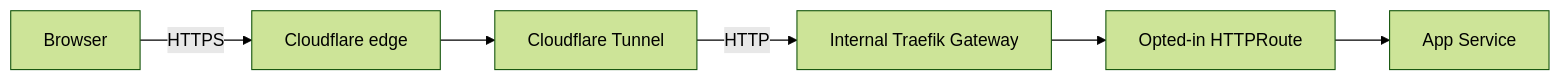
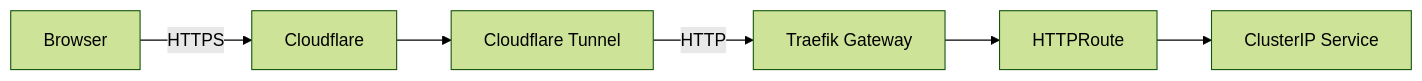
The diagram in docs/operations/domain-ingress.md (Disease-Prediction-ASET26/disease-prediction-gitops), drawn with Mermaid (forest theme) before and after one commit. The commit also changed other lines of this file and 7 other files, not shown here.

````diff
--- a/docs/operations/domain-ingress.md
+++ b/docs/operations/domain-ingress.md
@@ -14,8 +8,8 @@
 ```mermaid
 flowchart LR
-  browser[Browser] -->|HTTPS| cf[Cloudflare edge]
-  cf --> tunnel[Cloudflare Tunnel]
-  tunnel -->|HTTP| traefik[Internal Traefik Gateway]
-  traefik --> route[Opted-in HTTPRoute]
-  route --> service[App Service]
+  browser[Browser] -->|HTTPS| cloudflare[Cloudflare]
+  cloudflare --> tunnel[Cloudflare Tunnel]
+  tunnel -->|HTTP| traefik[Traefik Gateway]
+  traefik --> route[HTTPRoute]
+  route --> service[ClusterIP Service]
 ```
````
